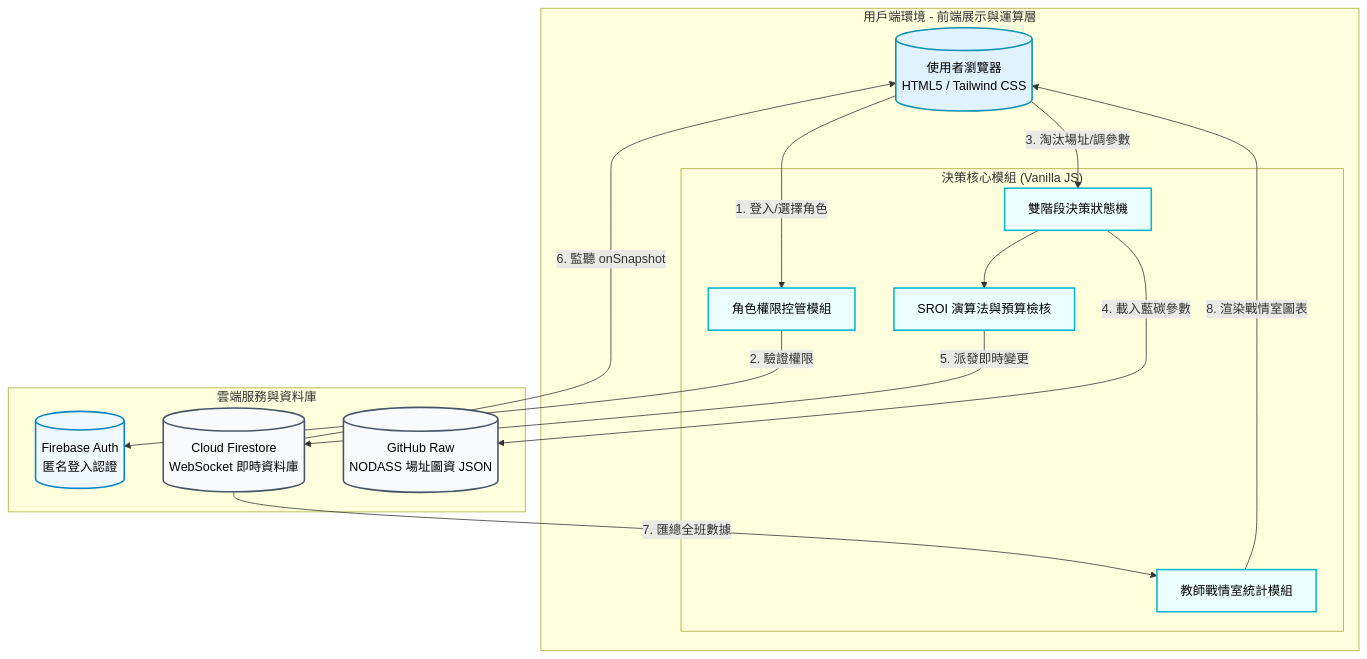
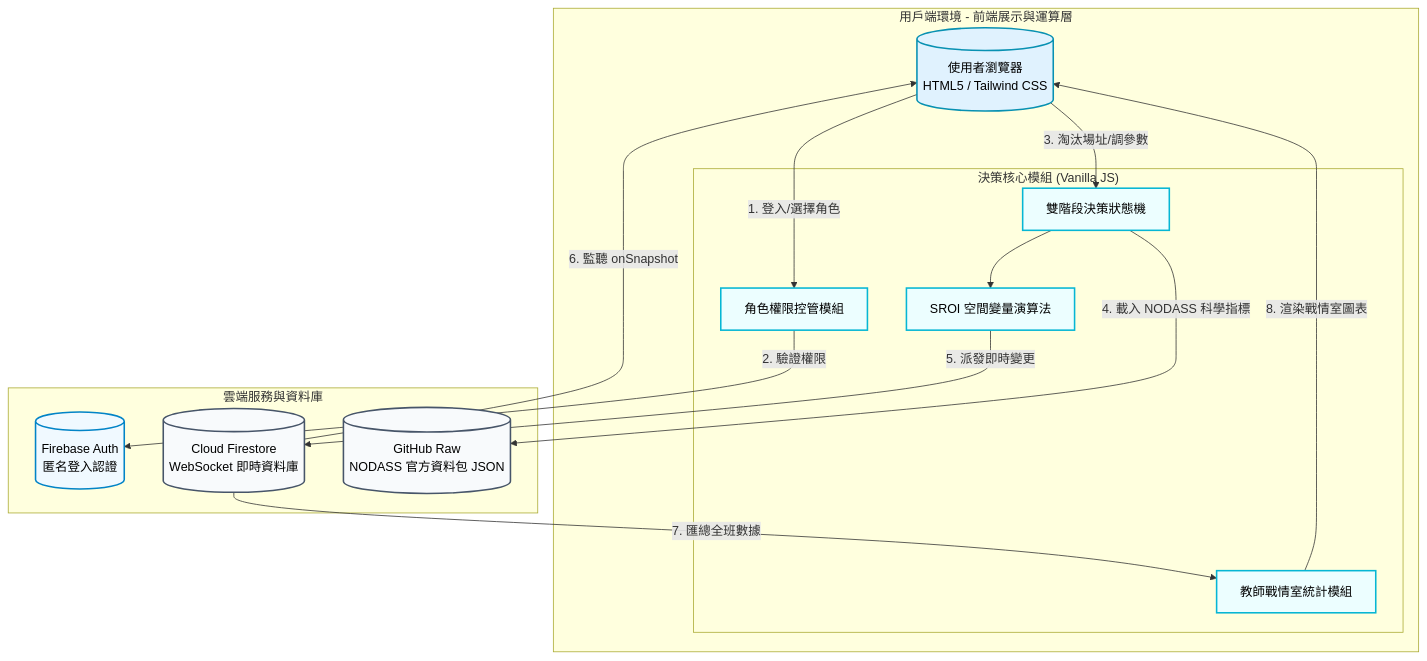
One commit to tanji2026/bluecarbon changed the diagram in README.md. Above: the diagram before and after it, drawn with Mermaid. The commit also changed other lines of this file, not shown here.

````diff
--- a/README.md
+++ b/README.md
@@ -19,40 +21,35 @@
 ```mermaid
 graph TD
-    %% 定義樣式顏色
     classDef client fill:#e0f2fe,stroke:#0891b2,stroke-width:2px,color:black
     classDef external fill:#f0f9ff,stroke:#0284c7,stroke-width:2px,color:black
     classDef logic fill:#ecfeff,stroke:#06b6d4,stroke-width:2px,color:black
     classDef data fill:#f8fafc,stroke:#475569,stroke-width:2px,color:black
 
-    %% 1. 用戶端環境
     subgraph Client_Zone ["用戶端環境 - 前端展示與運算層"]
         Browser[("使用者瀏覽器<br>HTML5 / Tailwind CSS")]:::client
         
-        %% 業務邏輯層
         subgraph Logic_Layer ["決策核心模組 (Vanilla JS)"]
             Role_Engine["角色權限控管模組"]:::logic
             Phase_Engine["雙階段決策狀態機"]:::logic
-            SROI_Engine["SROI 演算法與預算檢核"]:::logic
+            SROI_Engine["SROI 空間變量演算法"]:::logic
             Admin_Engine["教師戰情室統計模組"]:::logic
         end
     end
 
-    %% 2. 外部依賴與資料層
     subgraph Cloud_Service ["雲端服務與資料庫"]
         Auth[("Firebase Auth<br>匿名登入認證")]:::external
         Firestore[("Cloud Firestore<br>WebSocket 即時資料庫")]:::data
-        Github[("GitHub Raw<br>NODASS 場址圖資 JSON")]:::data
+        Github[("GitHub Raw<br>NODASS 官方資料包 JSON")]:::data
     end
 
-    %% 3. 資料流向連線
     Browser -- "1. 登入/選擇角色" --> Role_Engine
     Role_Engine -- "2. 驗證權限" --> Auth
     Browser -- "3. 淘汰場址/調參數" --> Phase_Engine
-    Phase_Engine -- "4. 載入藍碳參數" --> Github
+    Phase_Engine -- "4. 載入 NODASS 科學指標" --> Github
     Phase_Engine --> SROI_Engine
     SROI_Engine -- "5. 派發即時變更" --> Firestore
     Firestore -- "6. 監聽 onSnapshot" --> Browser
     Firestore -- "7. 匯總全班數據" --> Admin_Engine
     Admin_Engine -- "8. 渲染戰情室圖表" --> Browser
 
 ```
````
